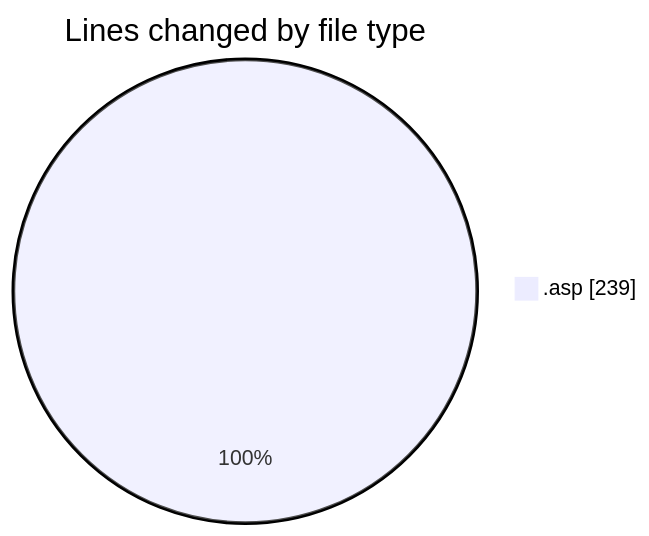
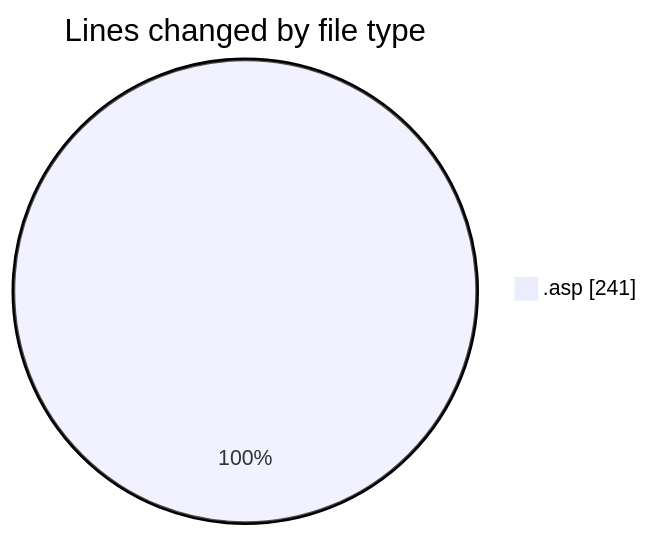
The first of 2 diagrams in 2025-11-15/cdp_aleoudev_fr__workspace_/README.md (julien-gomy/code-tracking), drawn with Mermaid before and after one commit. The commit also changed other lines of this file and 1 other file, not shown here.

````diff
--- a/2025-11-15/cdp_aleoudev_fr__workspace_/README.md
+++ b/2025-11-15/cdp_aleoudev_fr__workspace_/README.md
@@ -22,5 +22,5 @@
 ```mermaid
 pie showData
 title Lines changed by file type
-".asp" : 239
+".asp" : 241
 ```
````
